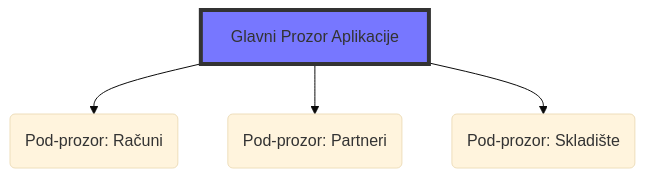
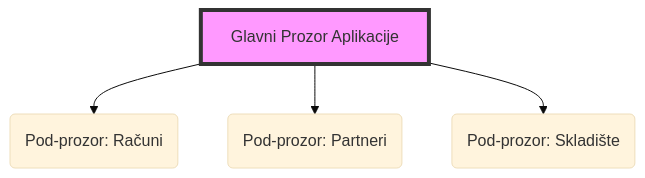
Before and after one commit to Milenij/milenij-upute: the diagram in docs/recepcija/osnovno-korištenje/index.md, drawn with Mermaid (base theme). The commit also changed other lines of this file, not shown here.

````diff
--- a/docs/recepcija/osnovno-korištenje/index.md
+++ b/docs/recepcija/osnovno-korištenje/index.md
@@ -21,7 +21,7 @@
 ```mermaid
 graph TD;
     A[Glavni Prozor Aplikacije] --> B(Pod-prozor: Računi);
     A --> C(Pod-prozor: Partneri);
     A --> D(Pod-prozor: Skladište);
-    style A fill:#77f,stroke:#333,stroke-width:4px
+    style A fill:#f9f,stroke:#333,stroke-width:4px
 ```
````
